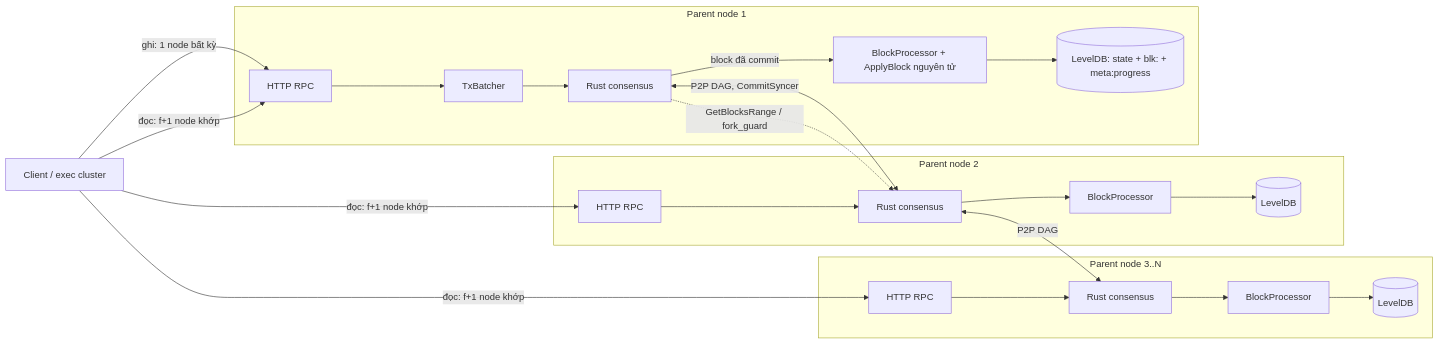
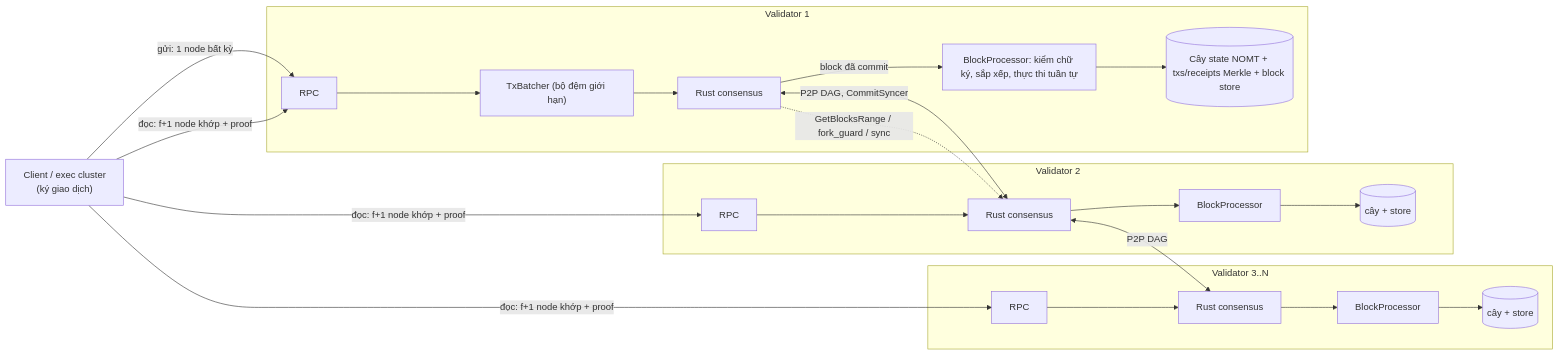
One commit to x3pi/metanode changed the diagram in note/parent_chain_multinode_plan.md. Above: the diagram before and after it, drawn with Mermaid. The commit also changed other lines of this file, not shown here.

Commit message:
docs(parent-chain): record decisions - multi-validator full chain, all calls are signed txs via Rust consensus, Merkle tree state

````diff
--- a/note/parent_chain_multinode_plan.md
+++ b/note/parent_chain_multinode_plan.md
@@ -65,19 +92,19 @@
 ```mermaid
 flowchart LR
-    C["Client / exec cluster"] -->|"ghi: 1 node bất kỳ"| H1
-    C -->|"đọc: f+1 node khớp"| H1 & H2 & H3
-    subgraph N1["Parent node 1"]
-      H1["HTTP RPC"] --> B1["TxBatcher"] --> R1["Rust consensus"]
-      R1 -->|"block đã commit"| P1["BlockProcessor + ApplyBlock nguyên tử"]
-      P1 --> D1[("LevelDB: state + blk: + meta:progress")]
+    C["Client / exec cluster<br/>(ký giao dịch)"] -->|"gửi: 1 node bất kỳ"| H1
+    C -->|"đọc: f+1 node khớp + proof"| H1 & H2 & H3
+    subgraph N1["Validator 1"]
+      H1["RPC"] --> B1["TxBatcher (bộ đệm giới hạn)"] --> R1["Rust consensus"]
+      R1 -->|"block đã commit"| P1["BlockProcessor: kiểm chữ ký, sắp xếp, thực thi tuần tự"]
+      P1 --> T1[("Cây state NOMT + txs/receipts Merkle + block store")]
     end
-    subgraph N2["Parent node 2"]
-      H2["HTTP RPC"] --> R2["Rust consensus"] --> P2["BlockProcessor"] --> D2[("LevelDB")]
+    subgraph N2["Validator 2"]
+      H2["RPC"] --> R2["Rust consensus"] --> P2["BlockProcessor"] --> T2[("cây + store")]
     end
-    subgraph N3["Parent node 3..N"]
-      H3["HTTP RPC"] --> R3["Rust consensus"] --> P3["BlockProcessor"] --> D3[("LevelDB")]
+    subgraph N3["Validator 3..N"]
+      H3["RPC"] --> R3["Rust consensus"] --> P3["BlockProcessor"] --> T3[("cây + store")]
     end
     R1 <-->|"P2P DAG, CommitSyncer"| R2
     R2 <-->|"P2P DAG"| R3
-    R1 -.->|"GetBlocksRange / fork_guard"| R2
+    R1 -.->|"GetBlocksRange / fork_guard / sync"| R2
 ```
````
